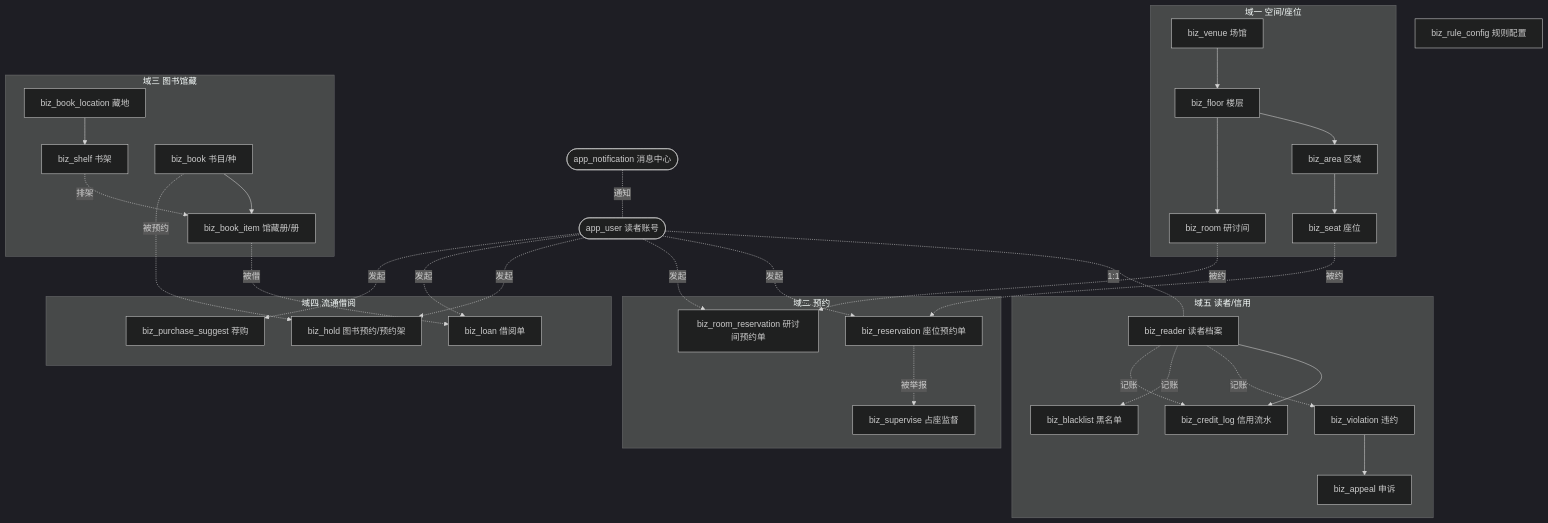
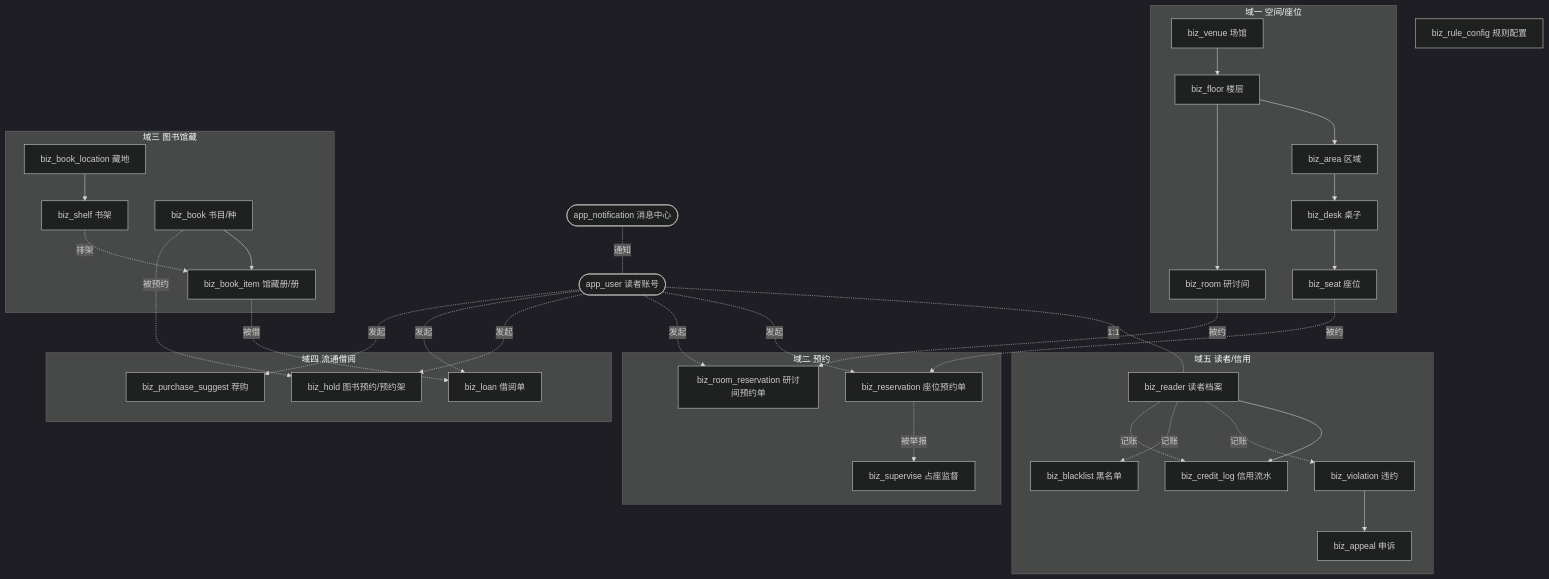
The diagram in 项目文档站/docs/02-数据库设计说明书.md (w06513510-create/Library-Reservation-Mini-Program), drawn with Mermaid (dark theme) before and after one commit. The commit also changed other lines of this file and 3 other files, not shown here.

````diff
--- a/项目文档站/docs/02-数据库设计说明书.md
+++ b/项目文档站/docs/02-数据库设计说明书.md
@@ -26,39 +26,40 @@
 ```mermaid
 graph TD
   subgraph 空间["域一 空间/座位"]
     V[biz_venue 场馆] --> F[biz_floor 楼层]
     F --> A[biz_area 区域]
-    A --> S[biz_seat 座位]
+    A --> D[biz_desk 桌子]
+    D --> S[biz_seat 座位]
     F --> RM[biz_room 研讨间]
   end
   subgraph 预约["域二 预约"]
     RSV[biz_reservation 座位预约单]
     RRSV[biz_room_reservation 研讨间预约单]
     SUP[biz_supervise 占座监督]
   end
   subgraph 馆藏["域三 图书馆藏"]
     LOC[biz_book_location 藏地] --> SH[biz_shelf 书架]
     BK[biz_book 书目/种] --> IT[biz_book_item 馆藏册/册]
   end
   subgraph 流通["域四 流通借阅"]
     LN[biz_loan 借阅单]
     HD[biz_hold 图书预约/预约架]
     SUG[biz_purchase_suggest 荐购]
   end
   subgraph 信用["域五 读者/信用"]
     RD[biz_reader 读者档案] --> CL[biz_credit_log 信用流水]
     VIO[biz_violation 违约] --> APP[biz_appeal 申诉]
     BL[biz_blacklist 黑名单]
   end
   CFG[biz_rule_config 规则配置]
   U([app_user 读者账号]) -.1:1.- RD
   U -.发起.-> RSV & RRSV & HD & LN & SUG
   S -.被约.-> RSV
   RM -.被约.-> RRSV
   RSV -.被举报.-> SUP
   SH -.排架.-> IT
   IT -.被借.-> LN
   BK -.被预约.-> HD
   RD -.记账.-> VIO & BL & CL
   N([app_notification 消息中心]) -.通知.- U
 ```
````
